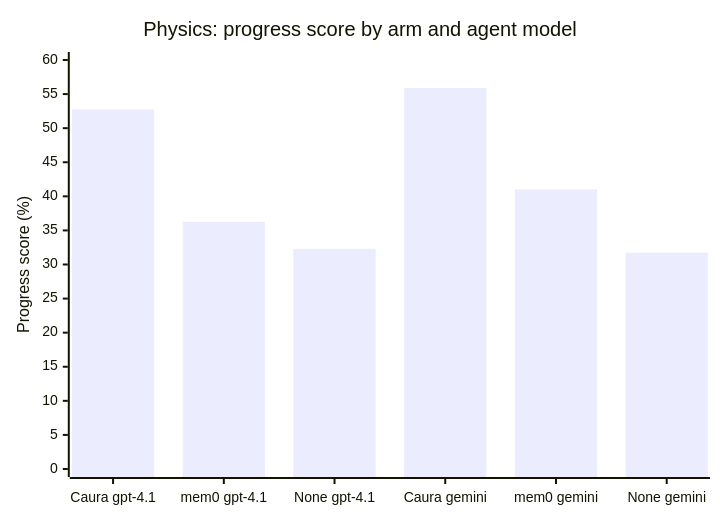
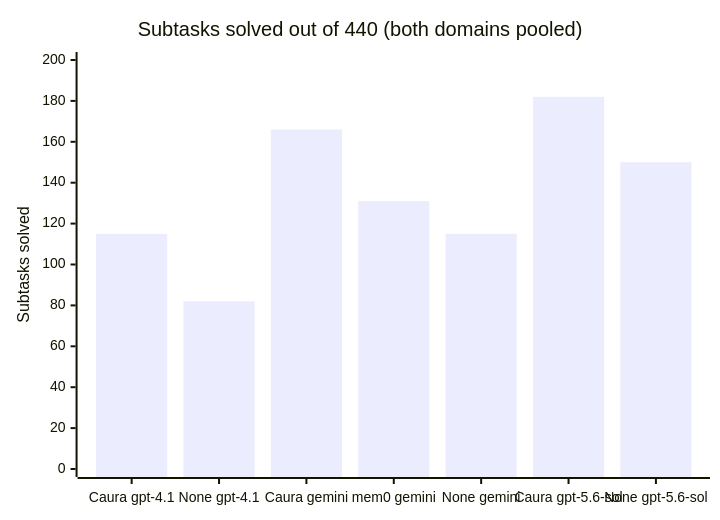
Before and after one commit to Infrasity-Labs/memclaw-benchmarks: the first of 2 diagrams in README.md, drawn with Mermaid. The commit also changed other lines of this file and 1 other file, not shown here.

````diff
--- a/README.md
+++ b/README.md
@@ -81,7 +78,7 @@
 ```mermaid
 xychart-beta
-    title "Physics: progress score by arm and agent model"
-    x-axis ["Caura gpt-4.1", "mem0 gpt-4.1", "None gpt-4.1", "Caura gemini", "mem0 gemini", "None gemini"]
-    y-axis "Progress score (%)" 0 --> 60
-    bar [52.75, 36.26, 32.29, 55.90, 41.01, 31.76]
+    title "Subtasks solved out of 440 (both domains pooled)"
+    x-axis ["Caura gpt-4.1", "None gpt-4.1", "Caura gemini", "mem0 gemini", "None gemini", "Caura gpt-5.6-sol", "None gpt-5.6-sol"]
+    y-axis "Subtasks solved" 0 --> 200
+    bar [115, 82, 166, 131, 115, 182, 150]
 ```
````
